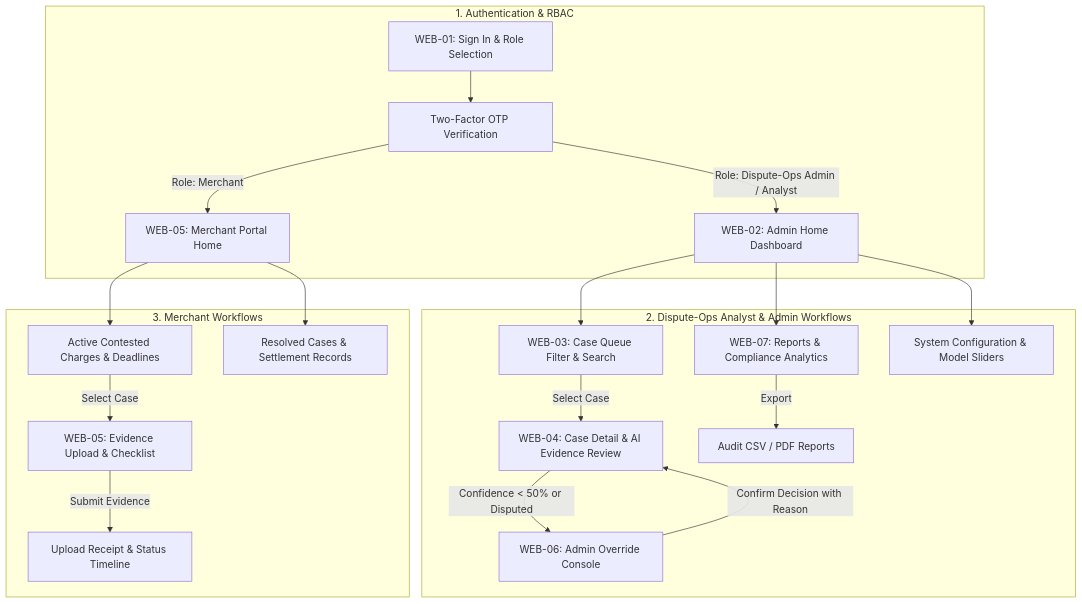
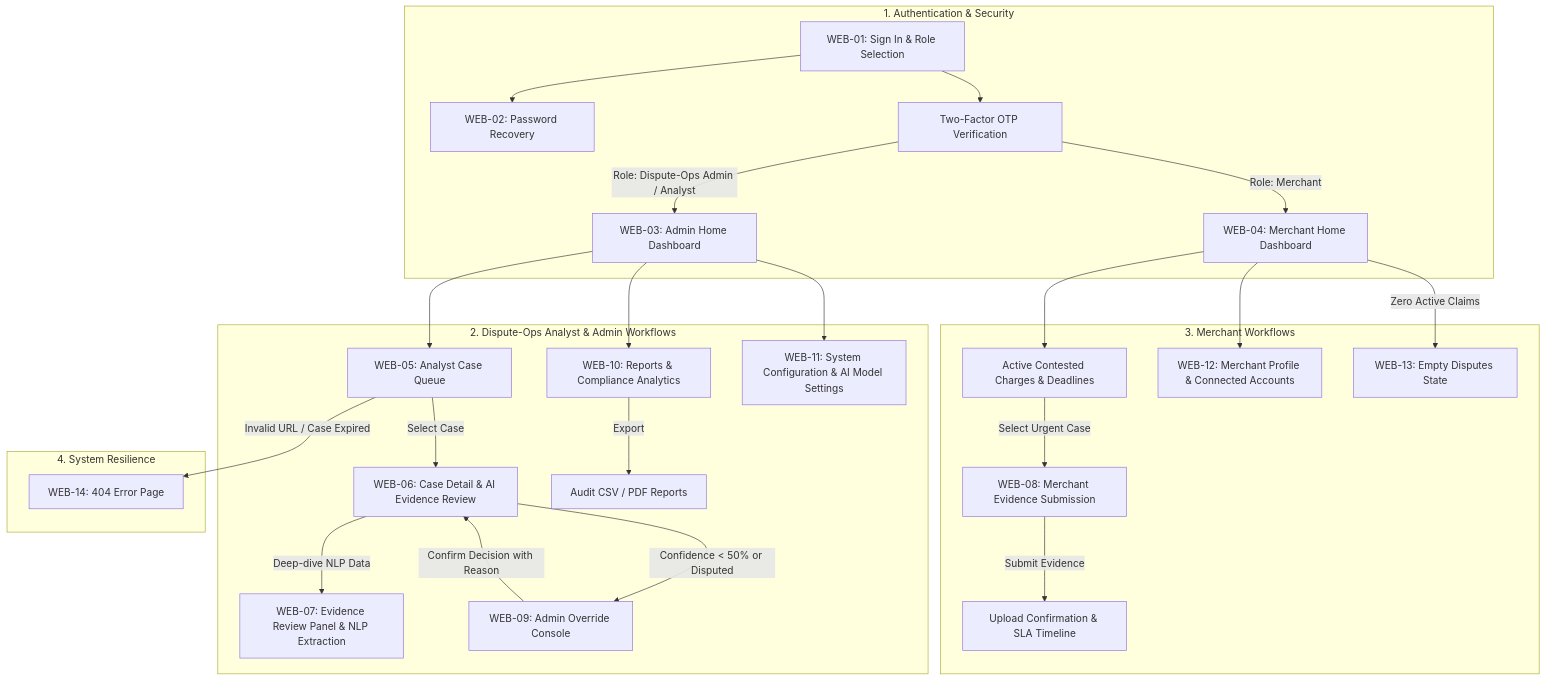
One commit to RohitPeswani/VerdictAI changed the diagram in docs/design/web_wireframes.md. Above: the diagram before and after it, drawn with Mermaid. The commit also changed other lines of this file and 34 other files, not shown here.

````diff
--- a/docs/design/web_wireframes.md
+++ b/docs/design/web_wireframes.md
@@ -28,25 +29,32 @@
 ```mermaid
 flowchart TD
-    subgraph AuthPortal["1. Authentication & RBAC"]
-        L[WEB-01: Sign In & Role Selection] --> 2FA[Two-Factor OTP Verification]
-        2FA -->|Role: Dispute-Ops Admin / Analyst| A_Home[WEB-02: Admin Home Dashboard]
-        2FA -->|Role: Merchant| M_Home[WEB-05: Merchant Portal Home]
+    subgraph AuthPortal["1. Authentication & Security"]
+        L[WEB-01: Sign In & Role Selection] --> PWD[WEB-02: Password Recovery]
+        L --> 2FA[Two-Factor OTP Verification]
+        2FA -->|Role: Dispute-Ops Admin / Analyst| A_Home[WEB-03: Admin Home Dashboard]
+        2FA -->|Role: Merchant| M_Home[WEB-04: Merchant Home Dashboard]
     end
 
     subgraph AdminWorkflows["2. Dispute-Ops Analyst & Admin Workflows"]
-        A_Home --> Q[WEB-03: Case Queue Filter & Search]
-        Q -->|Select Case| D[WEB-04: Case Detail & AI Evidence Review]
-        D -->|Confidence < 50% or Disputed| O[WEB-06: Admin Override Console]
+        A_Home --> Q[WEB-05: Analyst Case Queue]
+        Q -->|Select Case| D[WEB-06: Case Detail & AI Evidence Review]
+        D -->|Deep-dive NLP Data| E_Rev[WEB-07: Evidence Review Panel & NLP Extraction]
+        D -->|Confidence < 50% or Disputed| O[WEB-09: Admin Override Console]
         O -->|Confirm Decision with Reason| D
-        A_Home --> R[WEB-07: Reports & Compliance Analytics]
+        A_Home --> R[WEB-10: Reports & Compliance Analytics]
         R -->|Export| EXP[Audit CSV / PDF Reports]
-        A_Home --> S[System Configuration & Model Sliders]
+        A_Home --> S[WEB-11: System Configuration & AI Model Settings]
     end
 
     subgraph MerchantWorkflows["3. Merchant Workflows"]
         M_Home --> M_Active[Active Contested Charges & Deadlines]
-        M_Active -->|Select Case| M_Upload[WEB-05: Evidence Upload & Checklist]
-        M_Upload -->|Submit Evidence| M_Conf[Upload Receipt & Status Timeline]
-        M_Home --> M_Hist[Resolved Cases & Settlement Records]
+        M_Active -->|Select Urgent Case| M_Upload[WEB-08: Merchant Evidence Submission]
+        M_Upload -->|Submit Evidence| M_Conf[Upload Confirmation & SLA Timeline]
+        M_Home --> M_Prof[WEB-12: Merchant Profile & Connected Accounts]
+        M_Home -->|Zero Active Claims| M_Empty[WEB-13: Empty Disputes State]
+    end
+
+    subgraph ErrorHandling["4. System Resilience"]
+        Q -->|Invalid URL / Case Expired| ERR[WEB-14: 404 Error Page]
     end
 ```
````
